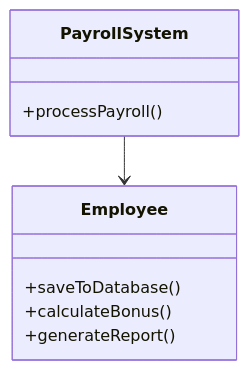
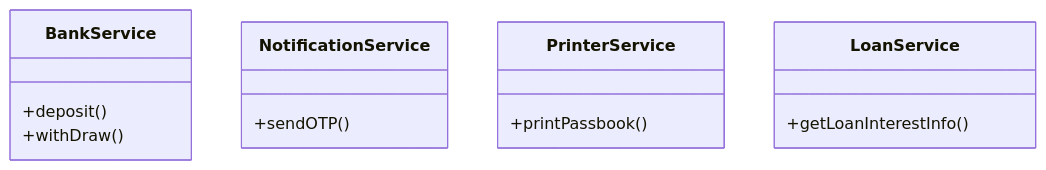
One commit to cipheraxat/java-concepts changed the first of 3 diagrams in SOLID_Study_Guide_SDE2.md. Above: the diagram before and after it, drawn with Mermaid. The commit also changed other lines of this file, not shown here.

````diff
--- a/SOLID_Study_Guide_SDE2.md
+++ b/SOLID_Study_Guide_SDE2.md
@@ -111,12 +111,16 @@
 ```mermaid
 classDiagram
-    class Employee {
-        +saveToDatabase()
-        +calculateBonus()
-        +generateReport()
+    class BankService {
+        +deposit()
+        +withDraw()
     }
-    class PayrollSystem {
-        +processPayroll()
+    class NotificationService {
+        +sendOTP()
     }
-    PayrollSystem --> Employee
+    class PrinterService {
+        +printPassbook()
+    }
+    class LoanService {
+        +getLoanInterestInfo()
+    }
 ```
````
